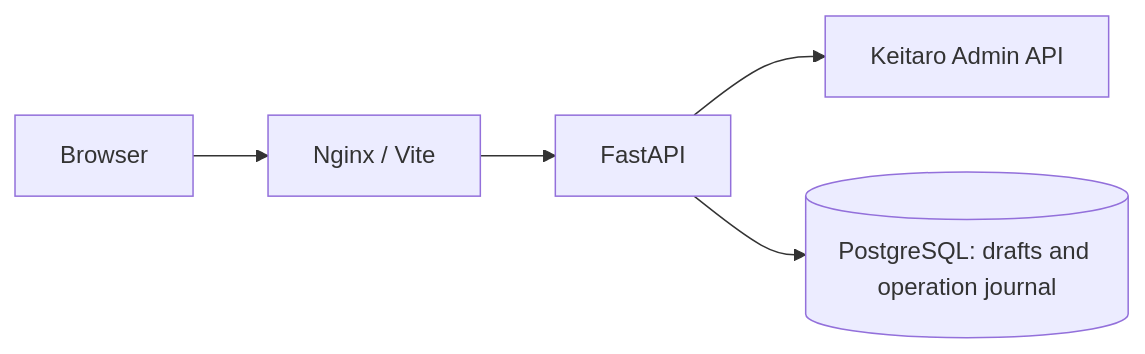
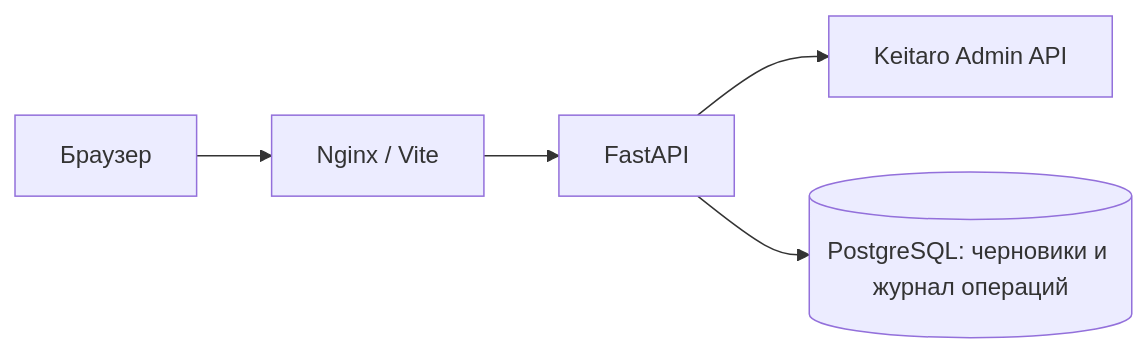
Before and after one commit to DomDomych/adrobot: the diagram in README.md, drawn with Mermaid. The commit also changed other lines of this file, not shown here.

````diff
--- a/README.md
+++ b/README.md
@@ -18,7 +14,7 @@
 ```mermaid
 flowchart LR
-    Browser --> Proxy[Nginx / Vite]
+    Browser[Браузер] --> Proxy[Nginx / Vite]
     Proxy --> API[FastAPI]
     API --> KT[Keitaro Admin API]
-    API --> PG[(PostgreSQL: drafts and operation journal)]
+    API --> PG[(PostgreSQL: черновики и журнал операций)]
 ```
````
